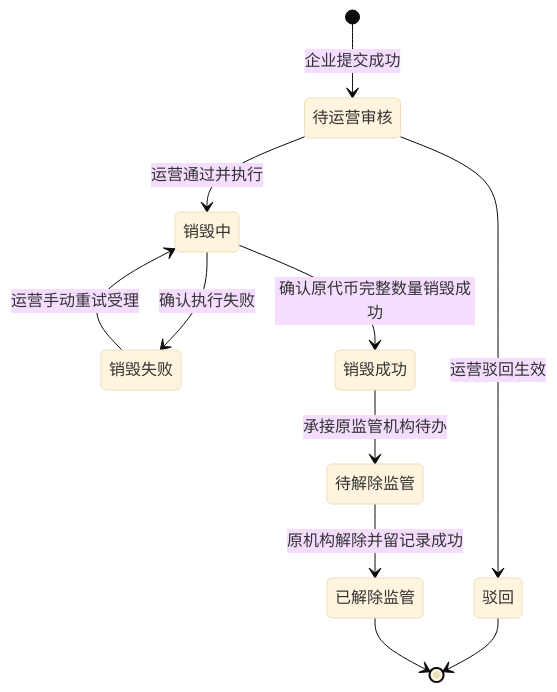
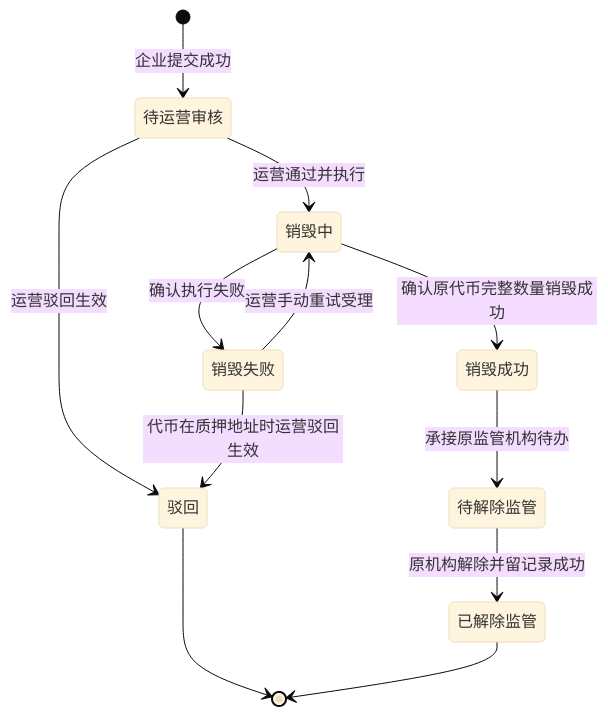
One commit to wxblockchain/Chain-Financing changed the second of 4 diagrams in token-issuance-platform/PRD/管理端/M4b-销毁审核与解除质押/02-销毁审核与解除质押-流程图与状态机.md. Above: the diagram before and after it, drawn with Mermaid (base theme). The commit also changed other lines of this file and 6 other files, not shown here.

````diff
--- a/token-issuance-platform/PRD/管理端/M4b-销毁审核与解除质押/02-销毁审核与解除质押-流程图与状态机.md
+++ b/token-issuance-platform/PRD/管理端/M4b-销毁审核与解除质押/02-销毁审核与解除质押-流程图与状态机.md
@@ -47,20 +48,21 @@
 ```mermaid
 stateDiagram-v2
     state "待运营审核" as Review
     state "驳回" as Rejected
     state "销毁中" as Burning
     state "销毁失败" as Failed
     state "销毁成功" as Burned
     state "待解除监管" as PendingRelease
     state "已解除监管" as Released
     [*] --> Review: 企业提交成功
     Review --> Rejected: 运营驳回生效
     Review --> Burning: 运营通过并执行
     Burning --> Failed: 确认执行失败
     Failed --> Burning: 运营手动重试受理
+    Failed --> Rejected: 代币在质押地址时运营驳回生效
     Burning --> Burned: 确认原代币完整数量销毁成功
     Burned --> PendingRelease: 承接原监管机构待办
     PendingRelease --> Released: 原机构解除并留记录成功
     Rejected --> [*]
     Released --> [*]
 ```
````
